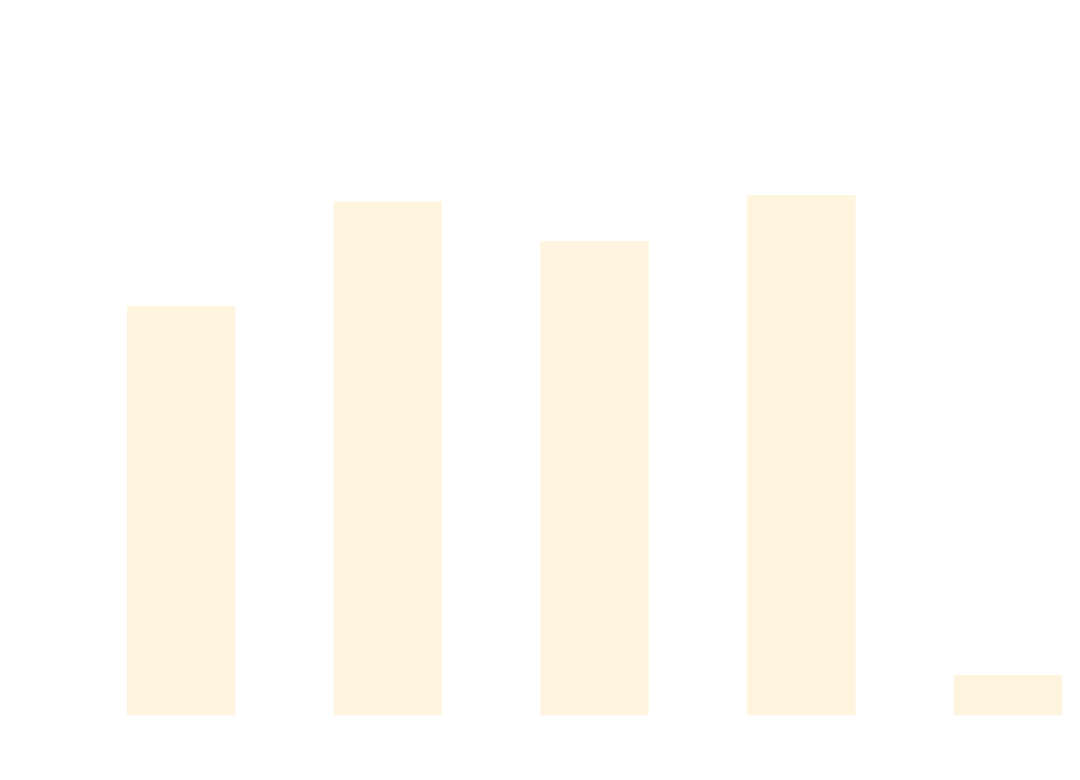
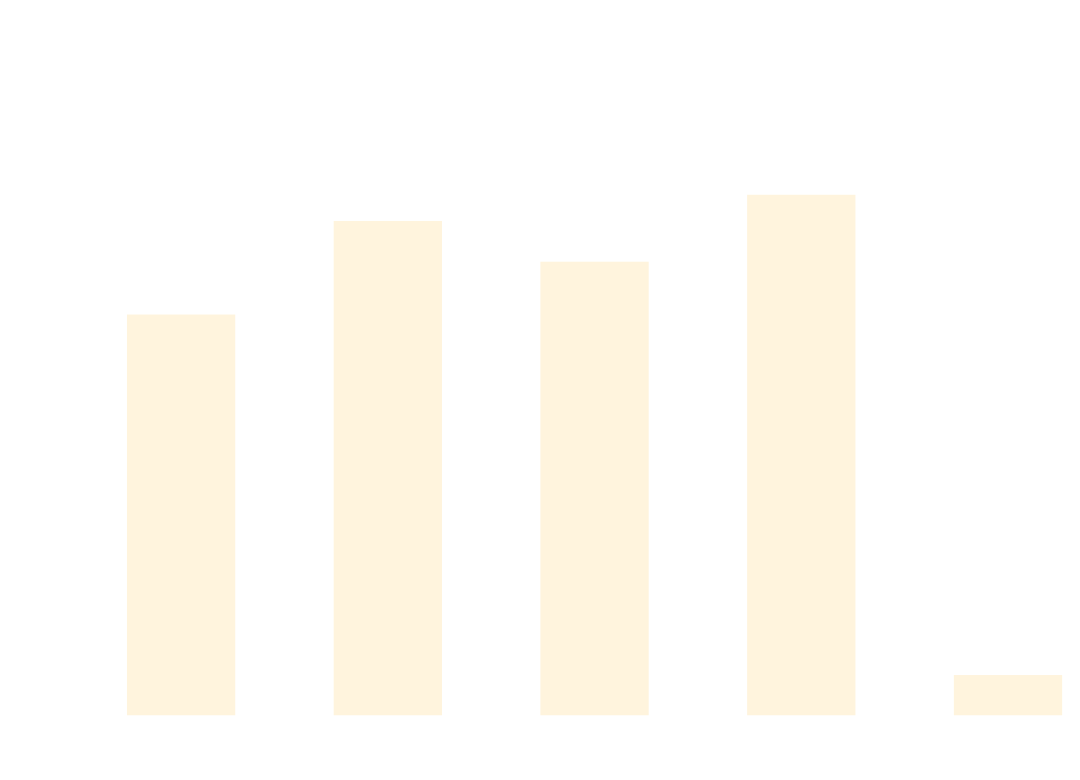
The diagram in docs/docs/benchmarks/ScaleTests.md (thomhurst/TUnit), drawn with Mermaid before and after one commit. The commit also changed other lines of this file and 17 other files, not shown here.

````diff
--- a/docs/docs/benchmarks/ScaleTests.md
+++ b/docs/docs/benchmarks/ScaleTests.md
@@ -27,37 +27,37 @@
 ```mermaid
 %%{init: {
   'theme':'base',
   'themeVariables': {
     'primaryColor': '#2563eb',
     'primaryTextColor': '#ffffff',
     'primaryBorderColor': '#1e40af',
     'lineColor': '#6b7280',
     'secondaryColor': '#7c3aed',
     'tertiaryColor': '#dc2626',
     'background': '#ffffff',
     'mainBkg': '#2563eb',
     'secondBkg': '#7c3aed',
     'tertiaryBkg': '#dc2626',
     'clusterBkg': '#f3f4f6',
     'edgeLabelBackground': '#ffffff',
     'tertiaryTextColor': '#1f2937',
     'pie1': '#2563eb',
     'pie2': '#7c3aed',
     'pie3': '#dc2626',
     'pie4': '#f59e0b',
     'pie5': '#10b981',
     'pie6': '#06b6d4',
     'pie7': '#ec4899',
     'pie8': '#6366f1',
     'pie9': '#84cc16',
     'pie10': '#f97316',
     'pie11': '#14b8a6',
     'pie12': '#a855f7'
   }
 }}%%
 xychart-beta
   title "ScaleTests Performance Comparison"
   x-axis ["TUnit", "NUnit", "MSTest", "xUnit3", "TUnit_AOT"]
-  y-axis "Time (ms)" 0 --> 736
-  bar [479.2, 605.25, 557.5, 612.77, 34.18]
+  y-axis "Time (ms)" 0 --> 776
+  bar [494.42, 613.34, 561.56, 646.64, 36.18]
 ```
````
